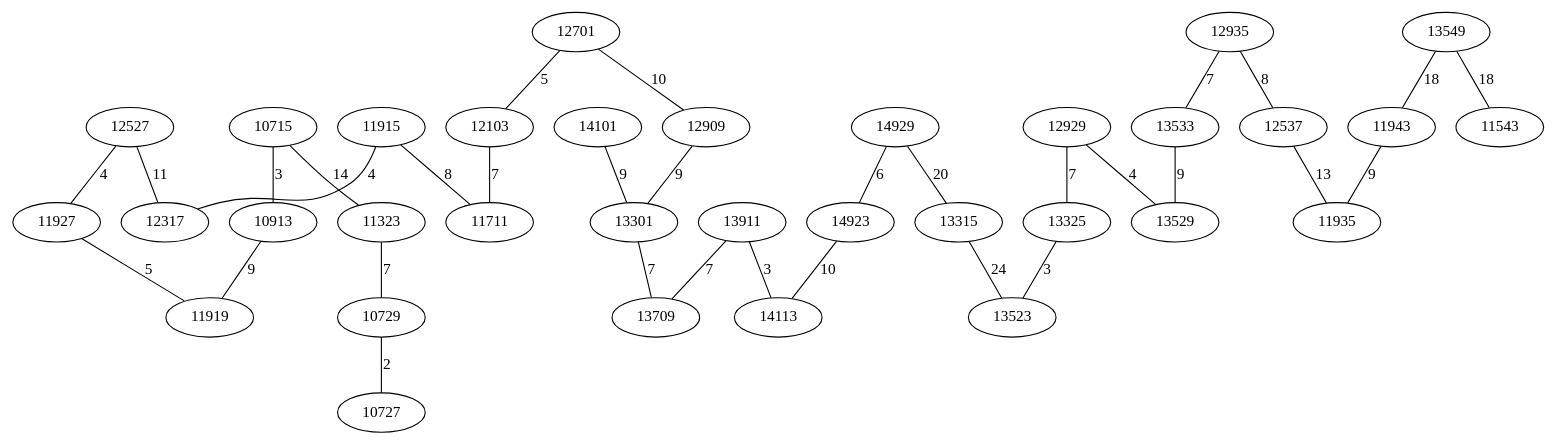
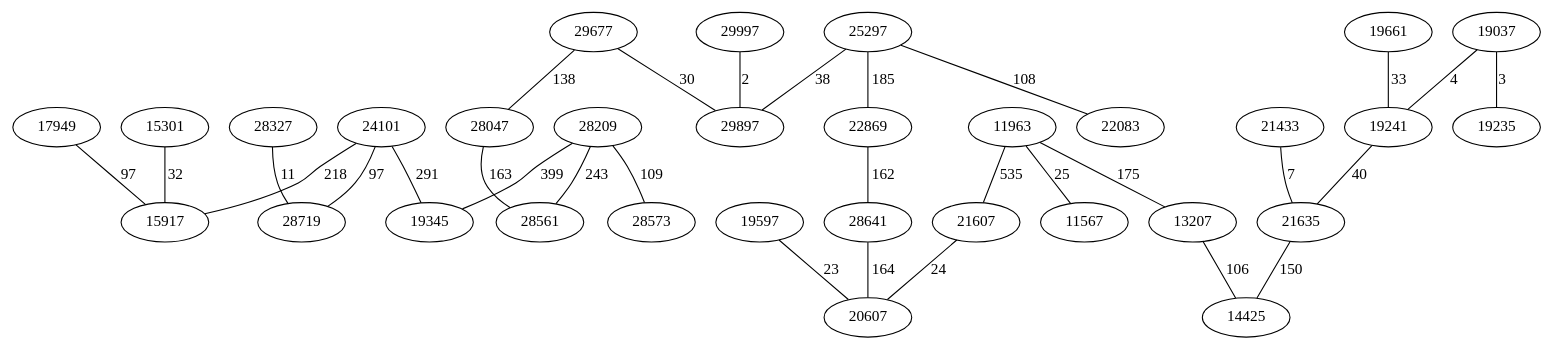
The diagram in Graph.dot (AsmNoob/Labyrinthe), drawn with Graphviz before and after one commit. The commit also changed 5 other files, not shown here.

Commit message:
[Graph] plutot fiere plutot fiere ca tourne propre encore quelques détails mais rien ne méchant si on reste avec des matrice carré de max 99

```diff
--- a/Graph.dot
+++ b/Graph.dot
@@ -1,36 +1,34 @@
 graph chemin {
 
-	12527 -- 11927 [label=4]
-	12527 -- 12317 [label=11]
-	14929 -- 13315 [label=20]
-	14929 -- 14923 [label=6]
-	13549 -- 11543 [label=18]
-	13549 -- 11943 [label=18]
-	12935 -- 13533 [label=7]
-	12935 -- 12537 [label=8]
-	14101 -- 13301 [label=9]
-	12929 -- 13529 [label=4]
-	12929 -- 13325 [label=7]
-	11943 -- 11935 [label=9]
-	12537 -- 11935 [label=13]
-	10715 -- 10913 [label=3]
-	10715 -- 11323 [label=14]
-	14923 -- 14113 [label=10]
-	10913 -- 11919 [label=9]
-	13911 -- 14113 [label=3]
-	13911 -- 13709 [label=7]
-	11927 -- 11919 [label=5]
-	11323 -- 10729 [label=7]
-	12701 -- 12909 [label=10]
-	12701 -- 12103 [label=5]
-	13325 -- 13523 [label=3]
-	10729 -- 10727 [label=2]
-	13315 -- 13523 [label=24]
-	12909 -- 13301 [label=9]
-	13301 -- 13709 [label=7]
-	12103 -- 11711 [label=7]
-	13533 -- 13529 [label=9]
-	11915 -- 11711 [label=8]
-	11915 -- 12317 [label=4]
+	28209 -- 19345 [label=399]
+	28209 -- 28573 [label=109]
+	28209 -- 28561 [label=243]
+	15301 -- 15917 [label=32]
+	11963 -- 13207 [label=175]
+	11963 -- 11567 [label=25]
+	11963 -- 21607 [label=535]
+	21433 -- 21635 [label=7]
+	29677 -- 28047 [label=138]
+	29677 -- 29897 [label=30]
+	25297 -- 22869 [label=185]
+	25297 -- 29897 [label=38]
+	25297 -- 22083 [label=108]
+	19037 -- 19235 [label=3]
+	19037 -- 19241 [label=4]
+	22869 -- 28641 [label=162]
+	29997 -- 29897 [label=2]
+	28327 -- 28719 [label=11]
+	19661 -- 19241 [label=33]
+	13207 -- 14425 [label=106]
+	19597 -- 20607 [label=23]
+	17949 -- 15917 [label=97]
+	19241 -- 21635 [label=40]
+	21635 -- 14425 [label=150]
+	24101 -- 19345 [label=291]
+	24101 -- 28719 [label=97]
+	24101 -- 15917 [label=218]
+	28047 -- 28561 [label=163]
+	21607 -- 20607 [label=24]
+	28641 -- 20607 [label=164]
 
 }
```
